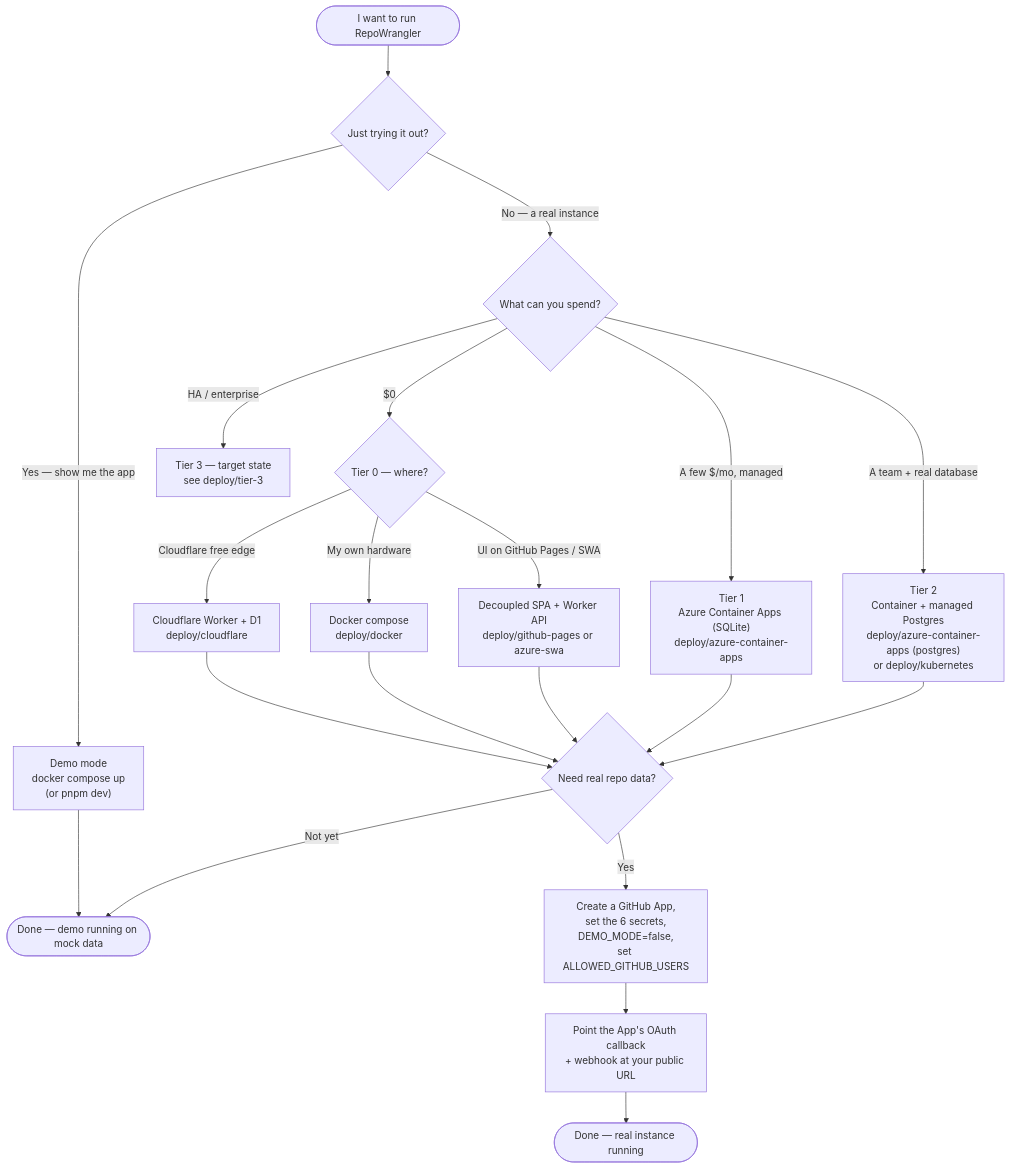
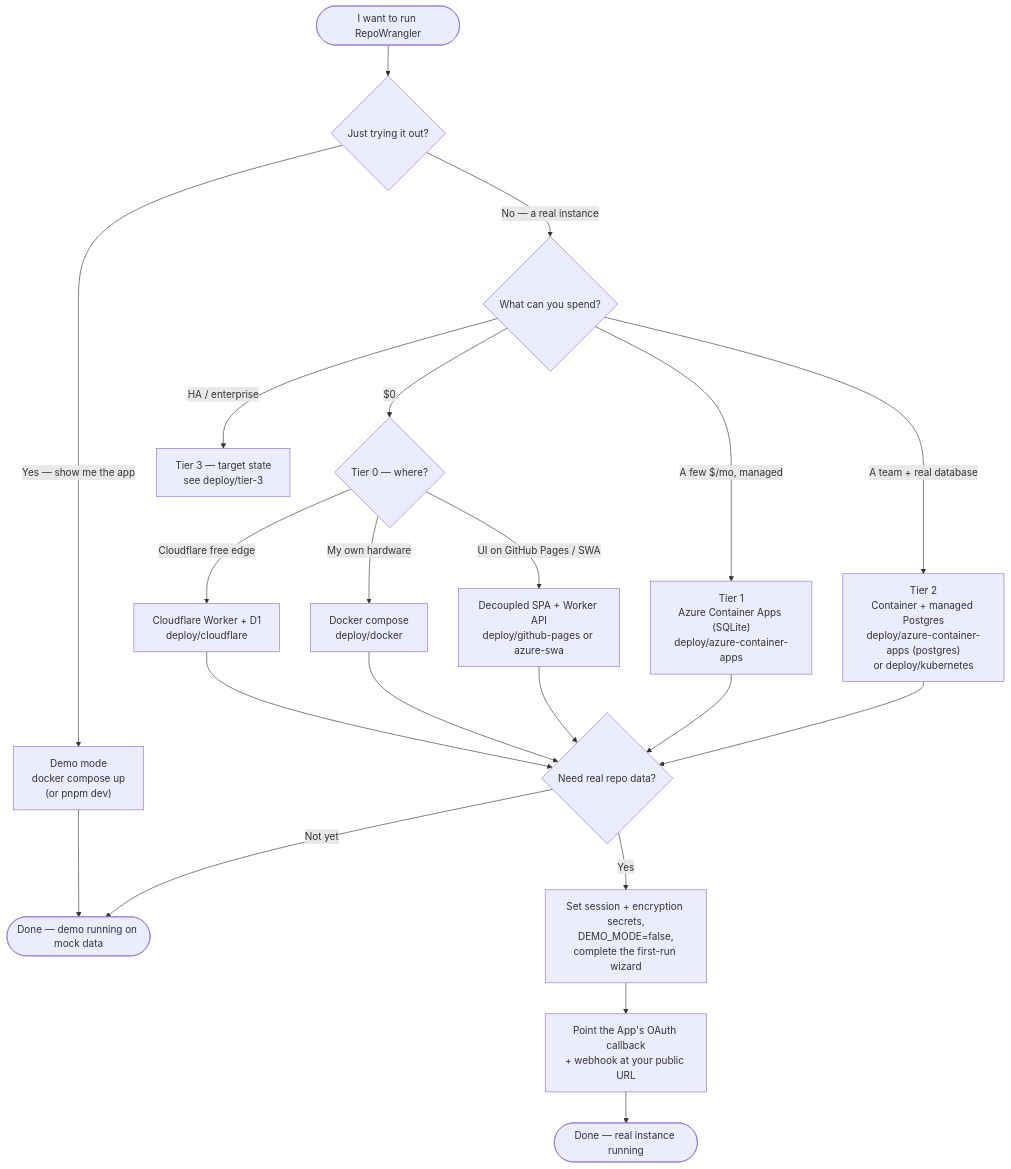
One commit to WranglerLabs/repo-wrangler changed the diagram in docs/deployment.md. Above: the diagram before and after it, drawn with Mermaid. The commit also changed other lines of this file and 52 other files, not shown here.

````diff
--- a/docs/deployment.md
+++ b/docs/deployment.md
@@ -77,23 +77,23 @@
 ```mermaid
 flowchart TD
   start([I want to run RepoWrangler]) --> q1{Just trying it out?}
   q1 -->|"Yes — show me the app"| demo["Demo mode<br/>docker compose up<br/>(or pnpm dev)"]
   q1 -->|"No — a real instance"| q2{"What can you spend?"}
   q2 -->|"$0"| t0{"Tier 0 — where?"}
   q2 -->|"A few $/mo, managed"| t1["Tier 1<br/>Azure Container Apps (SQLite)<br/>deploy/azure-container-apps"]
   q2 -->|"A team + real database"| t2["Tier 2<br/>Container + managed Postgres<br/>deploy/azure-container-apps (postgres)<br/>or deploy/kubernetes"]
   q2 -->|"HA / enterprise"| t3["Tier 3 — target state<br/>see deploy/tier-3"]
   t0 -->|"Cloudflare free edge"| cf["Cloudflare Worker + D1<br/>deploy/cloudflare"]
   t0 -->|"My own hardware"| dk["Docker compose<br/>deploy/docker"]
   t0 -->|"UI on GitHub Pages / SWA"| dec["Decoupled SPA + Worker API<br/>deploy/github-pages or azure-swa"]
   cf --> real{"Need real repo data?"}
   dk --> real
   dec --> real
   t1 --> real
   t2 --> real
   demo --> donedemo([Done — demo running on mock data])
   real -->|"Not yet"| donedemo
-  real -->|"Yes"| ga["Create a GitHub App,<br/>set the 6 secrets,<br/>DEMO_MODE=false,<br/>set ALLOWED_GITHUB_USERS"]
+  real -->|"Yes"| ga["Set session + encryption secrets,<br/>DEMO_MODE=false,<br/>complete the first-run wizard"]
   ga --> pointat["Point the App's OAuth callback<br/>+ webhook at your public URL"]
   pointat --> donereal([Done — real instance running])
 ```
````
